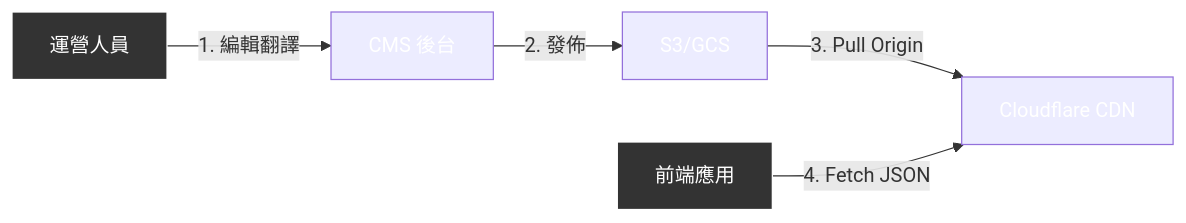
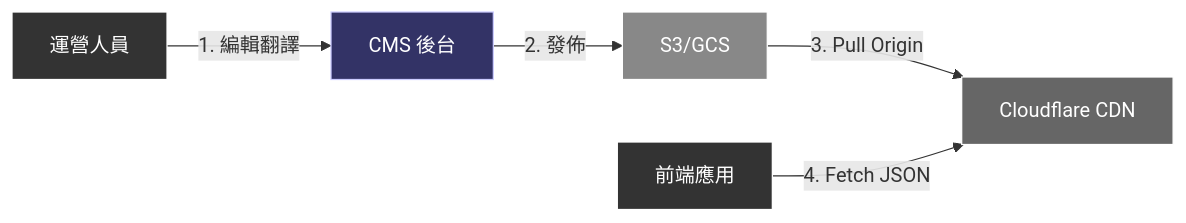
Before and after one commit to ron03wlb/smart-admin: the diagram in docs/iGaming/08_Frontend_CMS/01-localization/README.md, drawn with Mermaid. The commit also changed 3 other files, not shown here.

First line of the commit message:
fix(mermaid): correct style syntax errors in iGaming docs

````diff
--- a/docs/iGaming/08_Frontend_CMS/01-localization/README.md
+++ b/docs/iGaming/08_Frontend_CMS/01-localization/README.md
@@ -181,13 +181,13 @@
 ```mermaid
 flowchart LR
     A[運營人員] -->|1. 編輯翻譯| B[CMS 後台]
     B -->|2. 發佈| C[S3/GCS]
     C -->|3. Pull Origin| D[Cloudflare CDN]
     E[前端應用] -->|4. Fetch JSON| D
 
     style A fill:#333,stroke:#fff,color:#fff
-    style B fill:#BonusBonus3366,stroke:#BonusBonusccff,color:#fff
-    style C fill:#8BonusBonusBonus8Bonus,stroke:#ffBonusBonusff,color:#fff
-    style D fill:#BonusBonus66BonusBonus,stroke:#BonusBonusffBonusBonus,color:#fff
+    style B fill:#333366,stroke:#ccccff,color:#fff
+    style C fill:#888888,stroke:#ffffff,color:#fff
+    style D fill:#666666,stroke:#ffffff,color:#fff
     style E fill:#333,stroke:#fff,color:#fff
 ```
````
